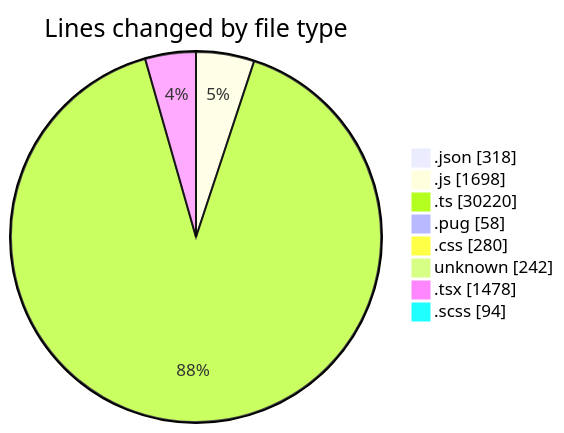
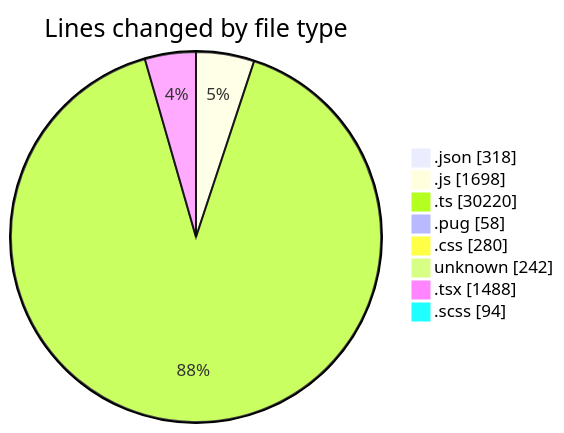
One commit to momahboobian/code-tracking changed the first of 2 diagrams in 2026-06-02/cda/README.md. Above: the diagram before and after it, drawn with Mermaid. The commit also changed other lines of this file and 1 other file, not shown here.

````diff
--- a/2026-06-02/cda/README.md
+++ b/2026-06-02/cda/README.md
@@ -64,12 +64,12 @@
 ```mermaid
 pie showData
 title Lines changed by file type
 ".json" : 318
 ".js" : 1698
 ".ts" : 30220
 ".pug" : 58
 ".css" : 280
 "unknown" : 242
-".tsx" : 1478
+".tsx" : 1488
 ".scss" : 94
 ```
````
